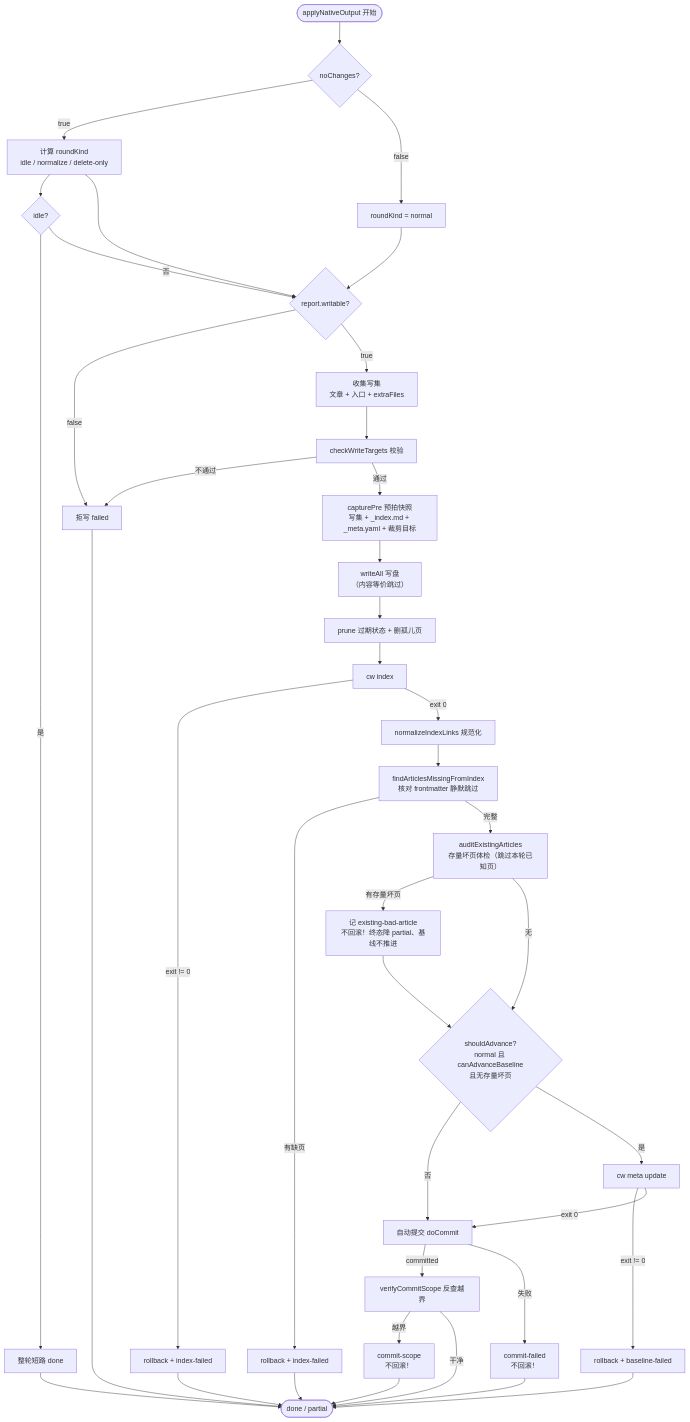
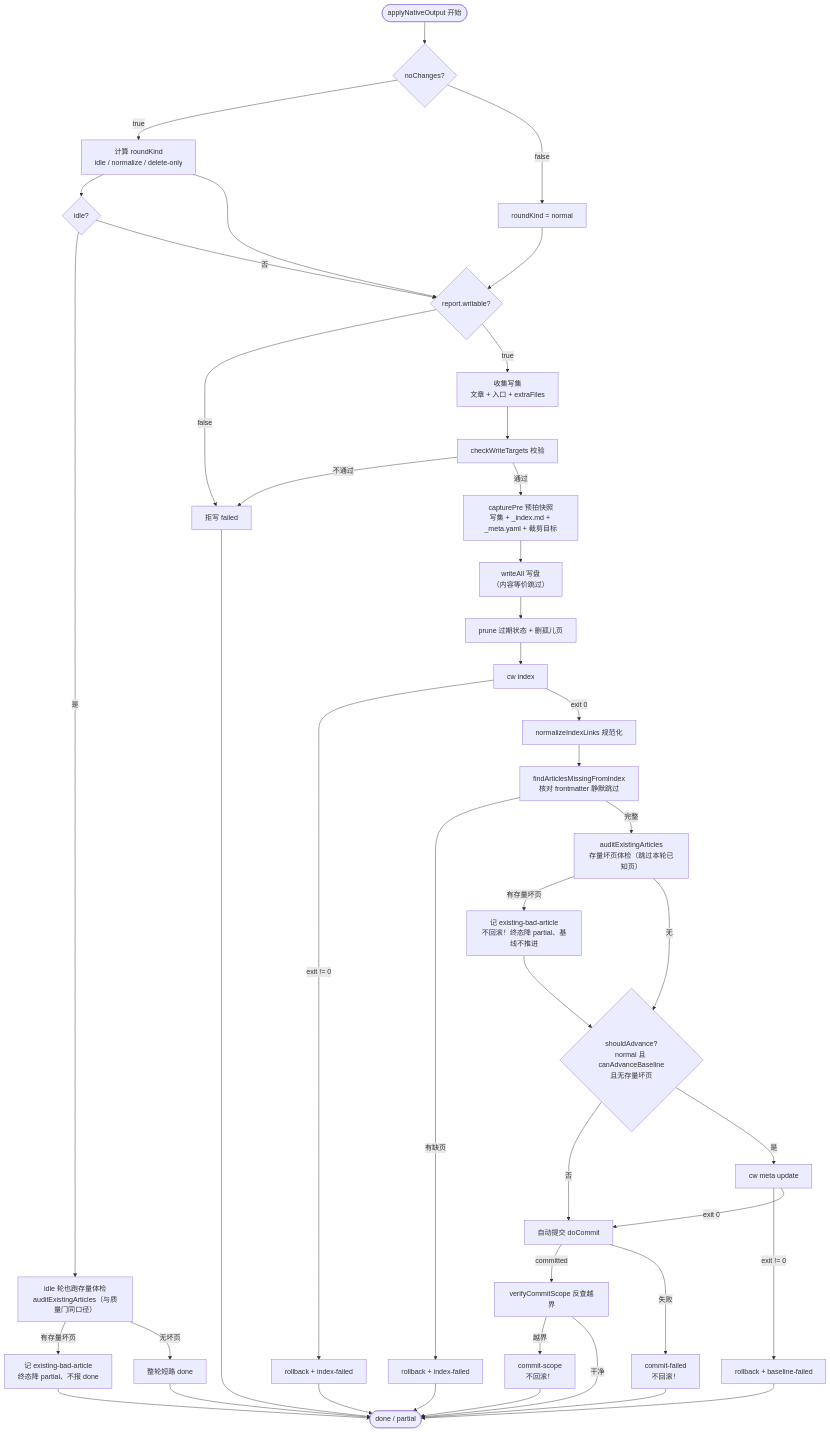
Before and after one commit to ikliml666/dsh-codewiki: the third of 7 diagrams in .codewiki/modules/native-output-application-logic.md, drawn with Mermaid. The commit also changed other lines of this file and 15 other files, not shown here.

````diff
--- a/.codewiki/modules/native-output-application-logic.md
+++ b/.codewiki/modules/native-output-application-logic.md
@@ -101,47 +101,50 @@
 ```mermaid
 flowchart TD
     START(["applyNativeOutput 开始"]) --> K{"noChanges?"}
     K -- "true" --> RS["计算 roundKind<br/>idle / normalize / delete-only"]
     K -- "false" --> N1["roundKind = normal"]
     RS --> IDLE{"idle?"}
-    IDLE -- "是" --> DONE_DONE["整轮短路 done"]
+    IDLE -- "是" --> IDLEAUDIT["idle 轮也跑存量体检<br/>auditExistingArticles（与质量门同口径）"]
+    IDLEAUDIT -- "有存量坏页" --> IDLEBAD["记 existing-bad-article<br/>终态降 partial、不报 done"]
+    IDLEAUDIT -- "无坏页" --> DONE_DONE["整轮短路 done"]
+    IDLEBAD --> END
 
     N1 --> V1{"report.writable?"}
     RS --> V1
     IDLE -- "否" --> V1
     V1 -- "false" --> FAIL["拒写 failed"]
 
     V1 -- "true" --> C["收集写集<br/>文章 + 入口 + extraFiles"]
     C --> CHK["checkWriteTargets 校验"]
     CHK -- "不通过" --> FAIL
     CHK -- "通过" --> PRE["capturePre 预拍快照<br/>写集 + _index.md + _meta.yaml + 裁剪目标"]
 
     PRE --> W["writeAll 写盘<br/>（内容等价跳过）"]
     W --> P["prune 过期状态 + 删孤儿页"]
     P --> IDX["cw index"]
     IDX -- "exit != 0" --> RB1["rollback + index-failed"]
     IDX -- "exit 0" --> NORM["normalizeIndexLinks 规范化"]
     NORM --> MISS["findArticlesMissingFromIndex<br/>核对 frontmatter 静默跳过"]
     MISS -- "有缺页" --> RB2["rollback + index-failed"]
 
     MISS -- "完整" --> AUDIT["auditExistingArticles<br/>存量坏页体检（跳过本轮已知页）"]
     AUDIT -- "有存量坏页" --> BAD["记 existing-bad-article<br/>不回滚！终态降 partial、基线不推进"]
     AUDIT -- "无" --> B{"shouldAdvance?<br/>normal 且 canAdvanceBaseline<br/>且无存量坏页"}
     BAD --> B
     B -- "否" --> COMMIT
     B -- "是" --> META["cw meta update"]
     META -- "exit != 0" --> RB3["rollback + baseline-failed"]
     META -- "exit 0" --> COMMIT["自动提交 doCommit"]
 
     COMMIT -- "committed" --> SCOPE["verifyCommitScope 反查越界"]
     COMMIT -- "失败" --> CF["commit-failed<br/>不回滚！"]
     SCOPE -- "越界" --> CS["commit-scope<br/>不回滚！"]
     SCOPE -- "干净" --> END
     CF --> END(["done / partial"])
     CS --> END
     DONE_DONE --> END
     FAIL --> END
     RB1 --> END
     RB2 --> END
     RB3 --> END
 ```
````
